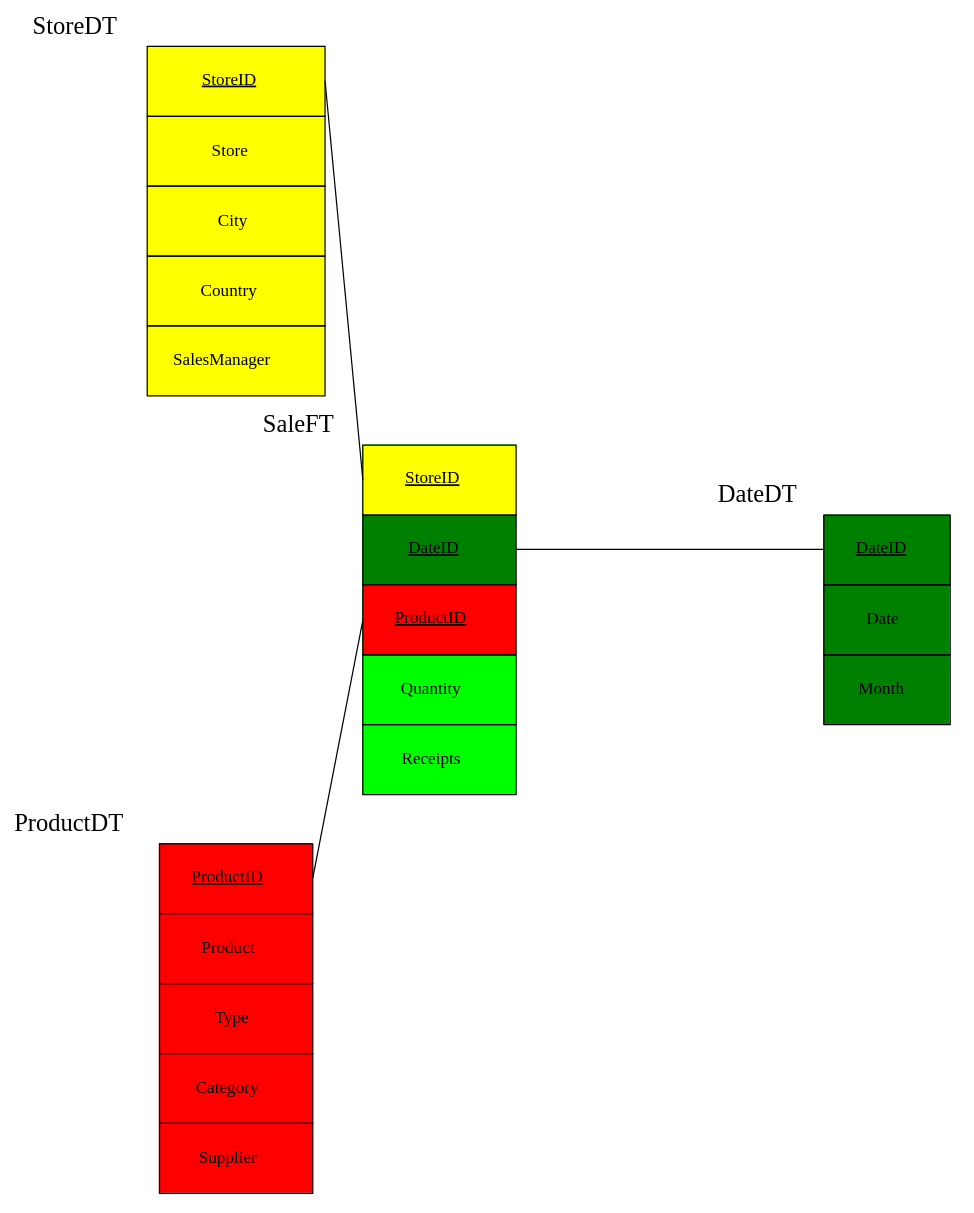
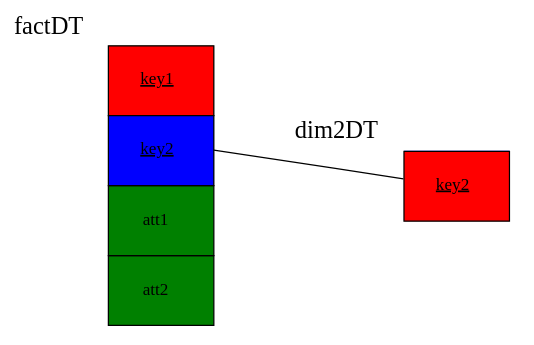
The diagram in cmd/gen/dot.dot (leonardogonfiantini/bubbly), drawn with Graphviz before and after one commit. The commit also changed 3 other files, not shown here.

Commit message:
refactor of star diagram

```diff
--- a/cmd/gen/dot.dot
+++ b/cmd/gen/dot.dot
@@ -1,11 +1,7 @@
 digraph G {
 	layout="circo";
-	SaleFT:DateID->DateDT:DateID[ arrowhead=none ];
-	SaleFT:StoreID->StoreDT:StoreID[ arrowhead=none ];
-	SaleFT:ProductID->ProductDT:ProductID[ arrowhead=none ];
-	DateDT [ label=<<table border="0" bgcolor="green" cellborder="1" cellspacing="0" cellpadding="20"><tr> <td bgcolor="green" port="DateID"> <u>DateID</u> </td> </tr><tr> <td port="Date">Date</td> </tr><tr> <td port="Month">Month</td> </tr></table>>, root=true, shape=plaintext, xlabel=<<font point-size="20">DateDT</font>> ];
-	ProductDT [ label=<<table border="0" bgcolor="red" cellborder="1" cellspacing="0" cellpadding="20"><tr> <td bgcolor="red" port="ProductID"> <u>ProductID</u> </td> </tr><tr> <td port="Product">Product</td> </tr><tr> <td port="Type">Type</td> </tr><tr> <td port="Category">Category</td> </tr><tr> <td port="Supplier">Supplier</td> </tr></table>>, root=true, shape=plaintext, xlabel=<<font point-size="20">ProductDT</font>> ];
-	SaleFT [ label=<<table border="0" bgcolor="lime" cellborder="1" cellspacing="0" cellpadding="20"><tr> <td bgcolor="yellow" port="StoreID"> <u>StoreID</u> </td> </tr><tr> <td bgcolor="green" port="DateID"> <u>DateID</u> </td> </tr><tr> <td bgcolor="red" port="ProductID"> <u>ProductID</u> </td> </tr><tr> <td port="Quantity">Quantity</td> </tr><tr> <td port="Receipts">Receipts</td> </tr></table>>, root=true, shape=plaintext, xlabel=<<font point-size="20">SaleFT</font>> ];
-	StoreDT [ label=<<table border="0" bgcolor="yellow" cellborder="1" cellspacing="0" cellpadding="20"><tr> <td bgcolor="yellow" port="StoreID"> <u>StoreID</u> </td> </tr><tr> <td port="Store">Store</td> </tr><tr> <td port="City">City</td> </tr><tr> <td port="Country">Country</td> </tr><tr> <td port="SalesManager">SalesManager</td> </tr></table>>, root=true, shape=plaintext, xlabel=<<font point-size="20">StoreDT</font>> ];
+	factDT:key2->dim2DT:key2[ arrowhead=none ];
+	dim2DT [ label=<<table border="0" bgcolor="blue" cellborder="1" cellspacing="0" cellpadding="20"><tr> <td bgcolor="red" port="key2"> <u>key2</u> </td> </tr></table>>, root=true, shape=plaintext, xlabel=<<font point-size="20">dim2DT</font>> ];
+	factDT [ label=<<table border="0" bgcolor="green" cellborder="1" cellspacing="0" cellpadding="20"><tr> <td bgcolor="red" port="key1"> <u>key1</u> </td> </tr><tr> <td bgcolor="blue" port="key2"> <u>key2</u> </td> </tr><tr> <td port="att1">att1</td> </tr><tr> <td port="att2">att2</td> </tr></table>>, root=true, shape=plaintext, xlabel=<<font point-size="20">factDT</font>> ];
 
 }
```
